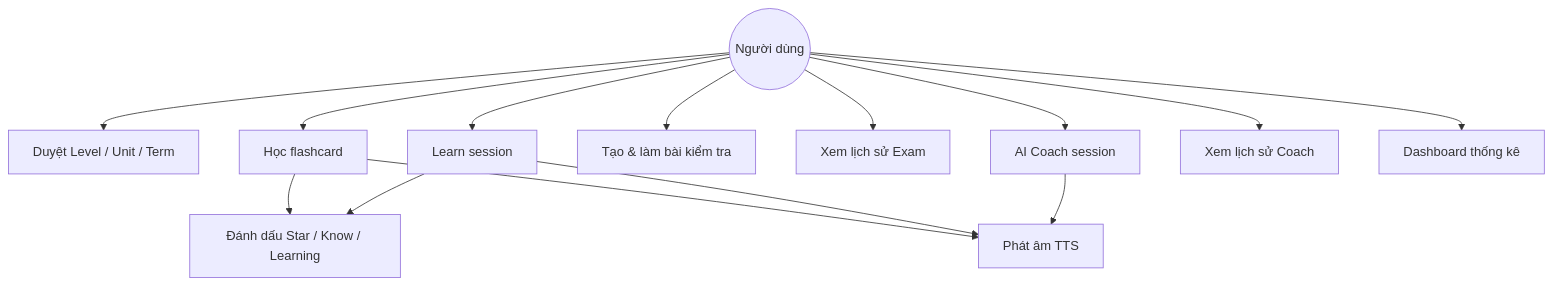
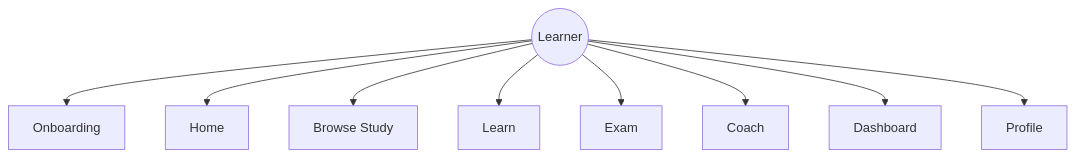
The second of 4 diagrams in docs/report.md (lephuonglinga/worduno), drawn with Mermaid before and after one commit. The commit also changed other lines of this file and 5 other files, not shown here.

````diff
--- a/docs/report.md
+++ b/docs/report.md
@@ -175,29 +134,12 @@
 ```mermaid
 flowchart TB
-    User((Người dùng))
-
-    UC1[Duyệt Level / Unit / Term]
-    UC2[Học flashcard]
-    UC3[Learn session]
-    UC4[Tạo & làm bài kiểm tra]
-    UC5[Xem lịch sử Exam]
-    UC6[AI Coach session]
-    UC7[Xem lịch sử Coach]
-    UC8[Dashboard thống kê]
-    UC9[Đánh dấu Star / Know / Learning]
-    UC10[Phát âm TTS]
-
-    User --> UC1
-    User --> UC2
-    User --> UC3
-    User --> UC4
-    User --> UC5
-    User --> UC6
-    User --> UC7
-    User --> UC8
-    UC2 --> UC9
-    UC3 --> UC9
-    UC2 --> UC10
-    UC3 --> UC10
-    UC6 --> UC10
+    Learner((Learner))
+    Learner --> UC01[Onboarding]
+    Learner --> UC02[Home]
+    Learner --> UC03[Browse Study]
+    Learner --> UC04[Learn]
+    Learner --> UC05[Exam]
+    Learner --> UC06[Coach]
+    Learner --> UC07[Dashboard]
+    Learner --> UC09[Profile]
 ```
````
